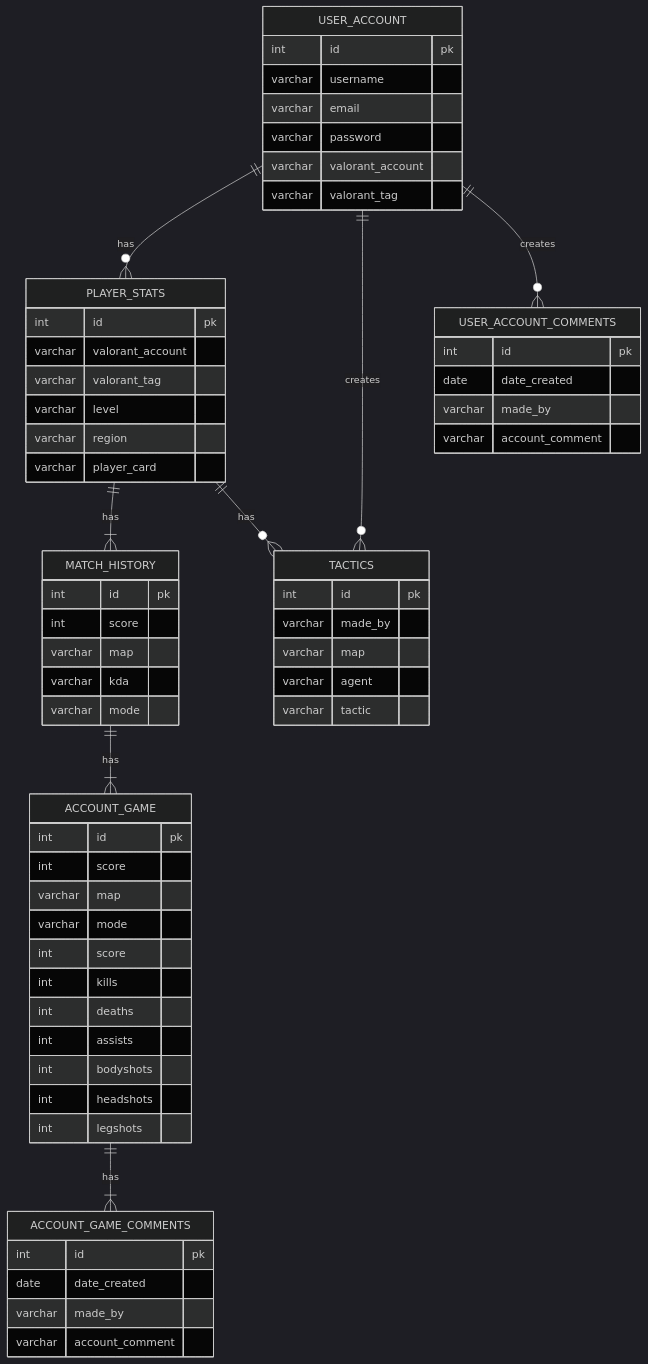
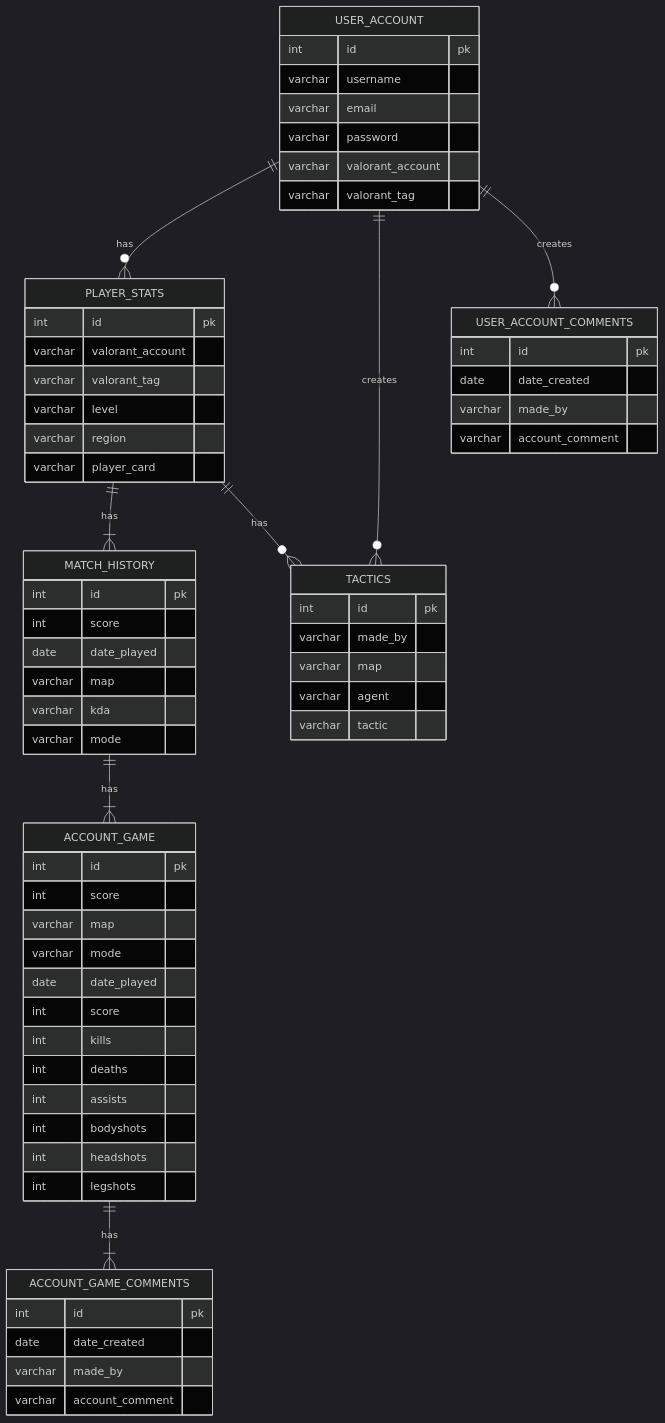
The second of 2 diagrams in README.md (MarianoUnosquare17/imspector-vuejs), drawn with Mermaid (dark theme) before and after one commit.

Commit message:
updated erd

````diff
--- a/README.md
+++ b/README.md
@@ -42,66 +42,68 @@
 ```mermaid
 erDiagram
     USER_ACCOUNT ||--o{ PLAYER_STATS : has
     USER_ACCOUNT {
         int id pk
         varchar username
         varchar email
         varchar password
         varchar valorant_account
         varchar valorant_tag
     }
         PLAYER_STATS {
         int id pk
         varchar valorant_account
         varchar valorant_tag
         varchar level
         varchar region
         varchar player_card
     }
     PLAYER_STATS ||--|{ MATCH_HISTORY : has
 
     MATCH_HISTORY{
         int id pk
         int score
+        date date_played
         varchar map
         varchar kda
         varchar mode
     }
     MATCH_HISTORY ||--|{ ACCOUNT_GAME : has
     ACCOUNT_GAME{
         int id pk
         int score
         varchar map
         varchar mode
+        date date_played
         int score
         int kills
         int deaths
         int assists
         int bodyshots
         int headshots
         int legshots 
     }
     ACCOUNT_GAME ||--|{ ACCOUNT_GAME_COMMENTS : has
     ACCOUNT_GAME_COMMENTS{
         int id pk
         date date_created
         varchar made_by
         varchar account_comment
     }
     USER_ACCOUNT ||--o{ TACTICS : creates
     TACTICS{
         int id pk
         varchar made_by
         varchar map
         varchar agent
         varchar tactic
     }
     PLAYER_STATS ||--o{ TACTICS : has
     USER_ACCOUNT ||--o{ USER_ACCOUNT_COMMENTS : creates
         USER_ACCOUNT_COMMENTS{
         int id pk
         date date_created
         varchar made_by
         varchar account_comment
     }
 ```
````
